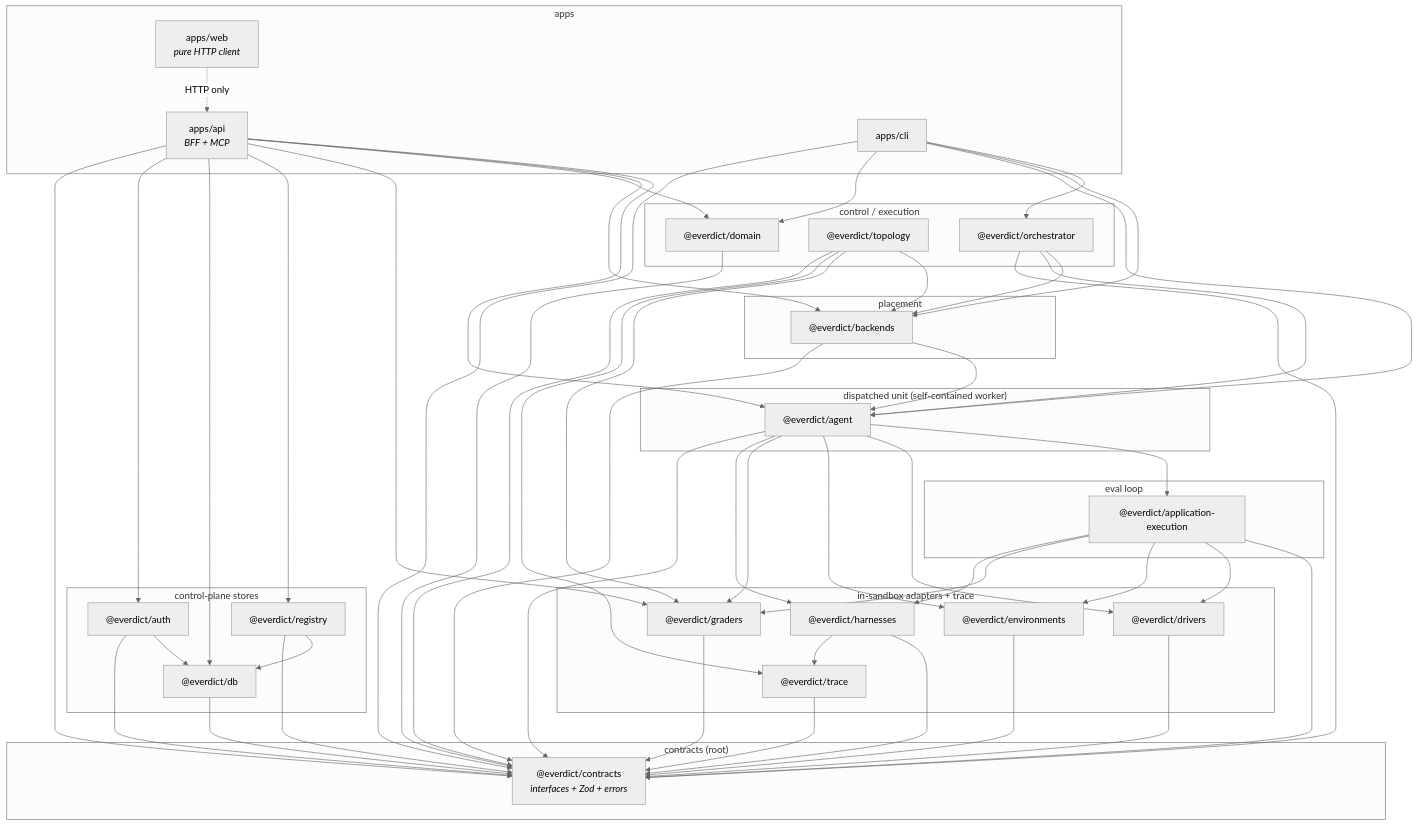
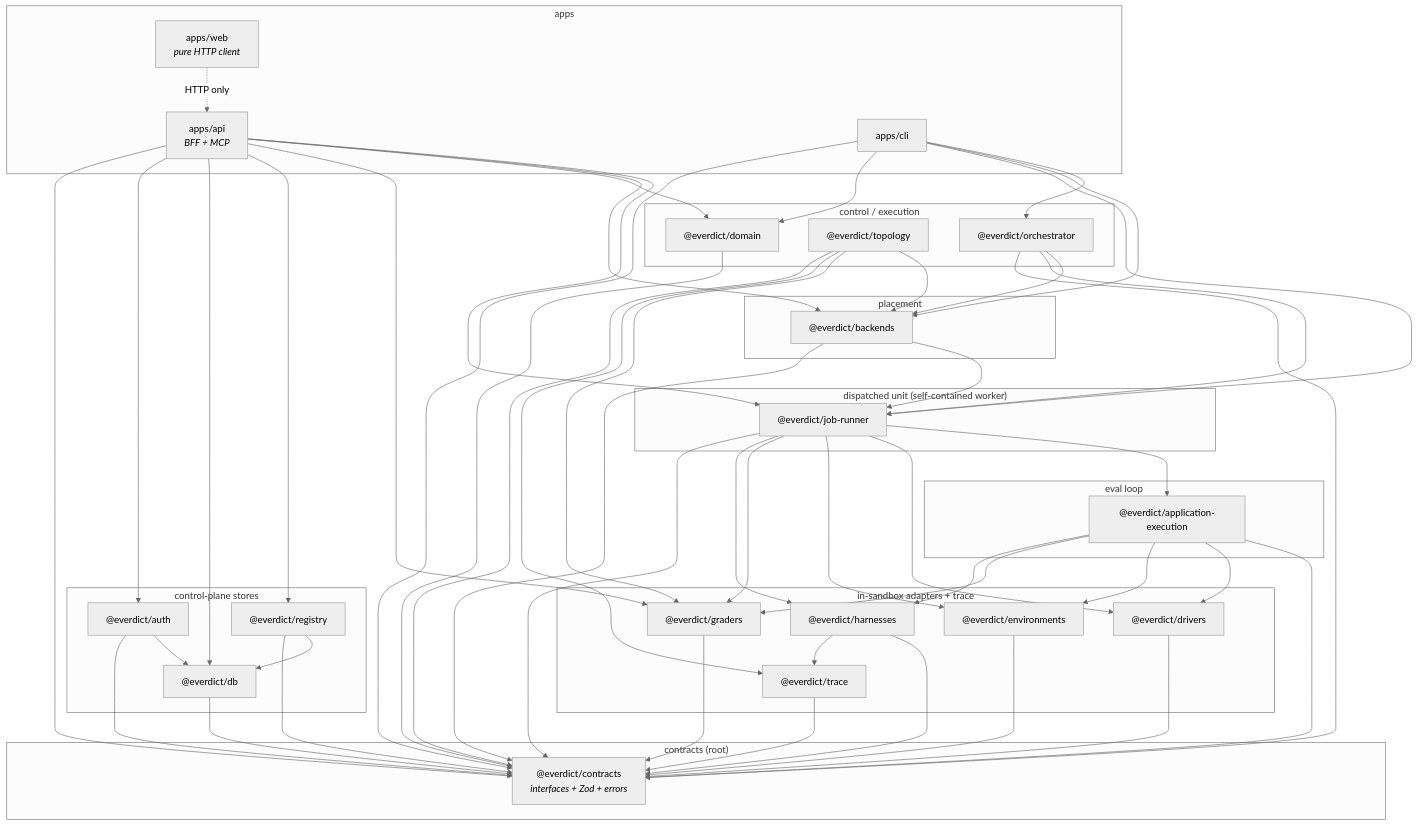
One commit to everdict/everdict changed the first of 24 diagrams in docs/architecture/collaboration.md. Above: the diagram before and after it, drawn with Mermaid (neutral theme). The commit also changed other lines of this file and 180 other files, not shown here.

```diff
--- a/docs/architecture/collaboration.md
+++ b/docs/architecture/collaboration.md
@@ -52,7 +52,7 @@
   end
 
   subgraph L3["dispatched unit (self-contained worker)"]
-    agent["@everdict/agent"]
+    agent["@everdict/job-runner"]
   end
 
   subgraph L4["placement"]
```
